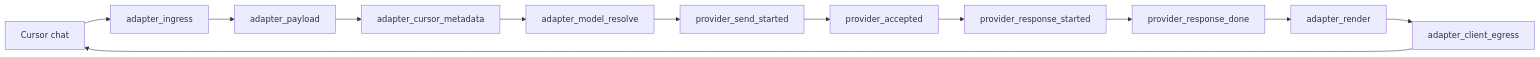
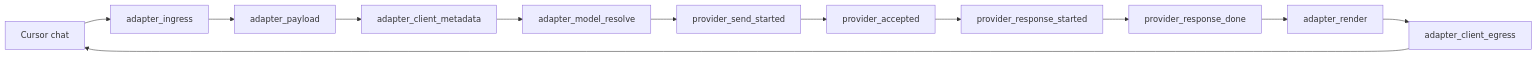
One commit to agoodkind/clyde changed the first of 2 diagrams in docs/logging/request-paths.md. Above: the diagram before and after it, drawn with Mermaid. The commit also changed other lines of this file and 78 other files, not shown here.

````diff
--- a/docs/logging/request-paths.md
+++ b/docs/logging/request-paths.md
@@ -7,14 +7,14 @@
 ```mermaid
 flowchart LR
   cursorChat["Cursor chat"] --> adapterIngress["adapter_ingress"]
   adapterIngress --> adapterPayload["adapter_payload"]
-  adapterPayload --> adapterCursorMetadata["adapter_cursor_metadata"]
-  adapterCursorMetadata --> adapterModelResolve["adapter_model_resolve"]
+  adapterPayload --> adapterClientMetadata["adapter_client_metadata"]
+  adapterClientMetadata --> adapterModelResolve["adapter_model_resolve"]
   adapterModelResolve --> providerSendStarted["provider_send_started"]
   providerSendStarted --> providerAccepted["provider_accepted"]
   providerAccepted --> providerResponseStarted["provider_response_started"]
   providerResponseStarted --> providerResponseDone["provider_response_done"]
   providerResponseDone --> adapterRender["adapter_render"]
   adapterRender --> adapterClientEgress["adapter_client_egress"]
   adapterClientEgress --> cursorChat
 ```
````
